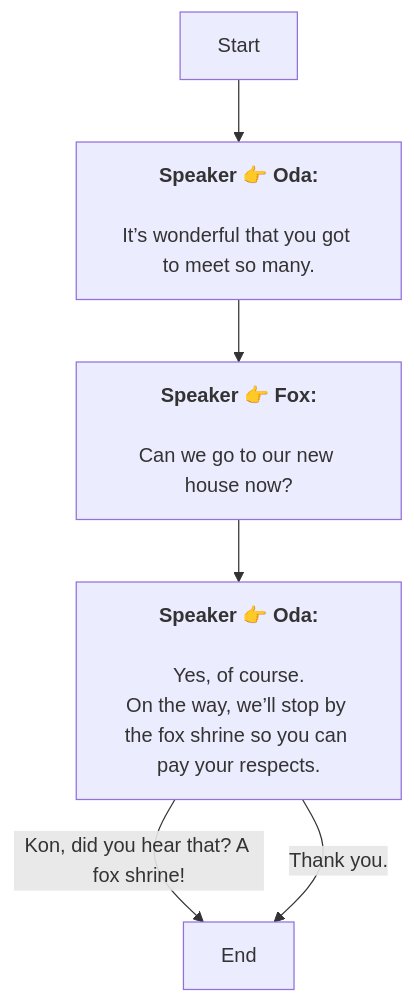
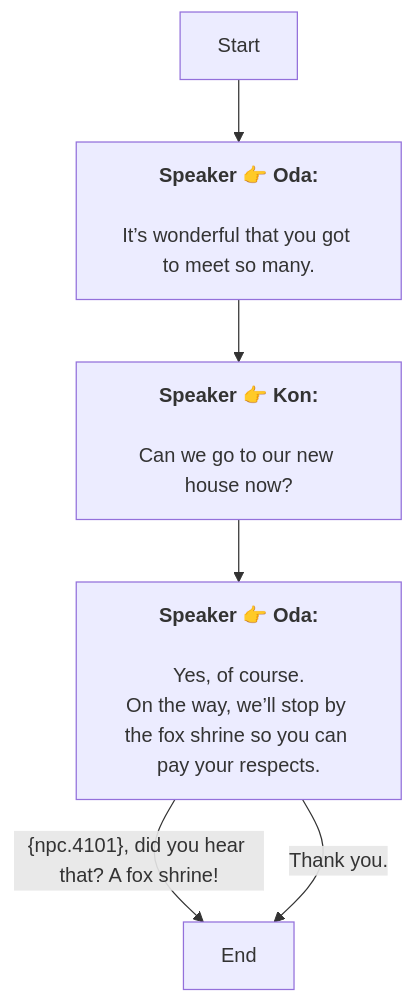
One commit to SoftHu/tos_avg changed the diagram in En/QuestTalkObjectiveNode_1769053514232872.md. Above: the diagram before and after it, drawn with Mermaid. The commit also changed 730 other files, not shown here.

````diff
--- a/En/QuestTalkObjectiveNode_1769053514232872.md
+++ b/En/QuestTalkObjectiveNode_1769053514232872.md
@@ -1,13 +1,13 @@
 ```mermaid
 graph
 Start -->1769053689356331[<b>Speaker 👉 Oda:</b>
 \nIt’s wonderful that you got to meet so many.]
-1769053689356331 -->1775362772250093[<b>Speaker 👉 Fox:</b>
+1769053689356331 -->1775362772250093[<b>Speaker 👉 Kon:</b>
 \nCan we go to our new house now?]
 1775362772250093 -->1775362909569524[<b>Speaker 👉 Oda:</b>
 \nYes, of course.
 On the way, we’ll stop by the fox shrine so you can pay your respects.]
-1775362909569524 -->|Kon, did you hear that? A fox shrine!|1769053918352444[End]
+1775362909569524 -->|&lbrace;npc.4101&rbrace;, did you hear that? A fox shrine!|1769053918352444[End]
 1775362909569524 -->|Thank you.|1769053918352444[End]
 
 ```
````
